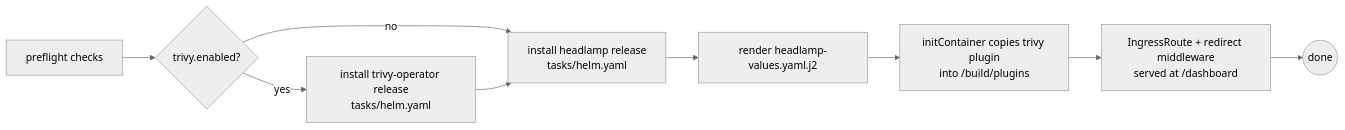
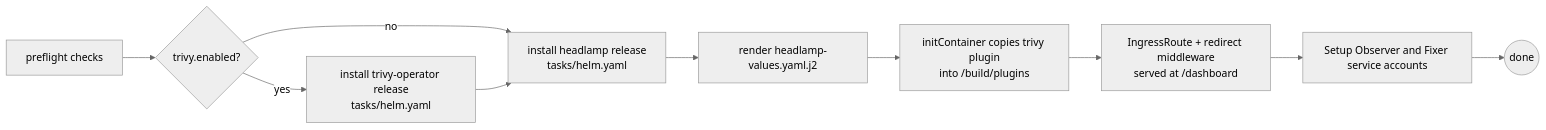
Before and after one commit to this-oliver/homelab: the diagram in ansible/roles/k8s_extension_headlamp/README.md, drawn with Mermaid (neutral theme). The commit also changed other lines of this file and 5 other files, not shown here.

First line of the commit message:
feat: adds observer and fixer cluster roles and service accounts (#44)

````diff
--- a/ansible/roles/k8s_extension_headlamp/README.md
+++ b/ansible/roles/k8s_extension_headlamp/README.md
@@ -13,11 +23,12 @@
 ```mermaid
 flowchart LR
     pre[preflight checks] --> trivy{trivy.enabled?}
     trivy -- yes --> trivyInst[install trivy-operator release<br/>tasks/helm.yaml]
     trivy -- no --> headlamp[install headlamp release<br/>tasks/helm.yaml]
     trivyInst --> headlamp
     headlamp --> tpl[render headlamp-values.yaml.j2]
     tpl --> plugins[initContainer copies trivy plugin<br/>into /build/plugins]
     plugins --> ingress[IngressRoute + redirect middleware<br/>served at /dashboard]
-    ingress --> done((done))
+    ingress --> service_accounts[Setup Observer and Fixer service accounts]
+    service_accounts --> done((done))
 ```
````
